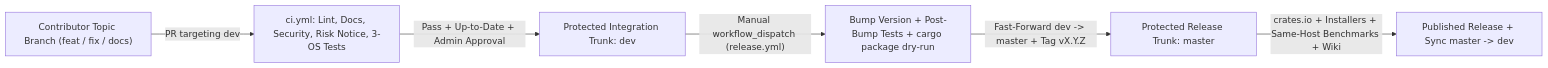
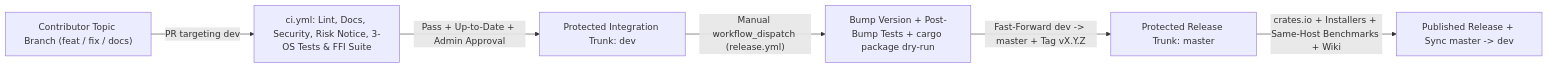
One commit to Jehudme/solix-language changed the diagram in docs/guidelines/pr-and-release-governance.md. Above: the diagram before and after it, drawn with Mermaid. The commit also changed 15 other files, not shown here.

First line of the commit message:
test(ffi): add dual-backend example showcase, FFI matrix suite runner, and CI gate

````diff
--- a/docs/guidelines/pr-and-release-governance.md
+++ b/docs/guidelines/pr-and-release-governance.md
@@ -16,8 +16,8 @@
 ```mermaid
 flowchart LR
-    TopicBranch["Contributor Topic Branch (feat / fix / docs)"] -->|"PR targeting dev"| IntegrationCI["ci.yml: Lint, Docs, Security, Risk Notice, 3-OS Tests"]
+    TopicBranch["Contributor Topic Branch (feat / fix / docs)"] -->|"PR targeting dev"| IntegrationCI["ci.yml: Lint, Docs, Security, Risk Notice, 3-OS Tests & FFI Suite"]
     IntegrationCI -->|"Pass + Up-to-Date + Admin Approval"| DevBranch["Protected Integration Trunk: dev"]
     DevBranch -->|"Manual workflow_dispatch (release.yml)"| ReleaseGate["Bump Version + Post-Bump Tests + cargo package dry-run"]
     ReleaseGate -->|"Fast-Forward dev -> master + Tag vX.Y.Z"| MasterBranch["Protected Release Trunk: master"]
     MasterBranch -->|"crates.io + Installers + Same-Host Benchmarks + Wiki"| Published["Published Release + Sync master -> dev"]
 ```
````
